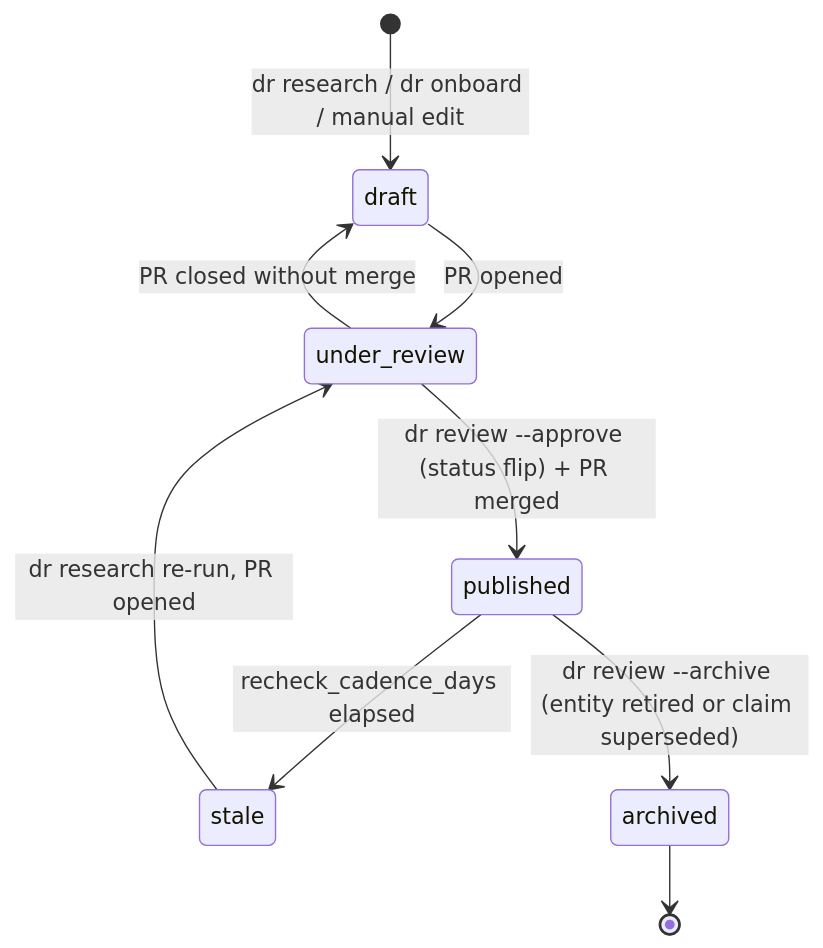
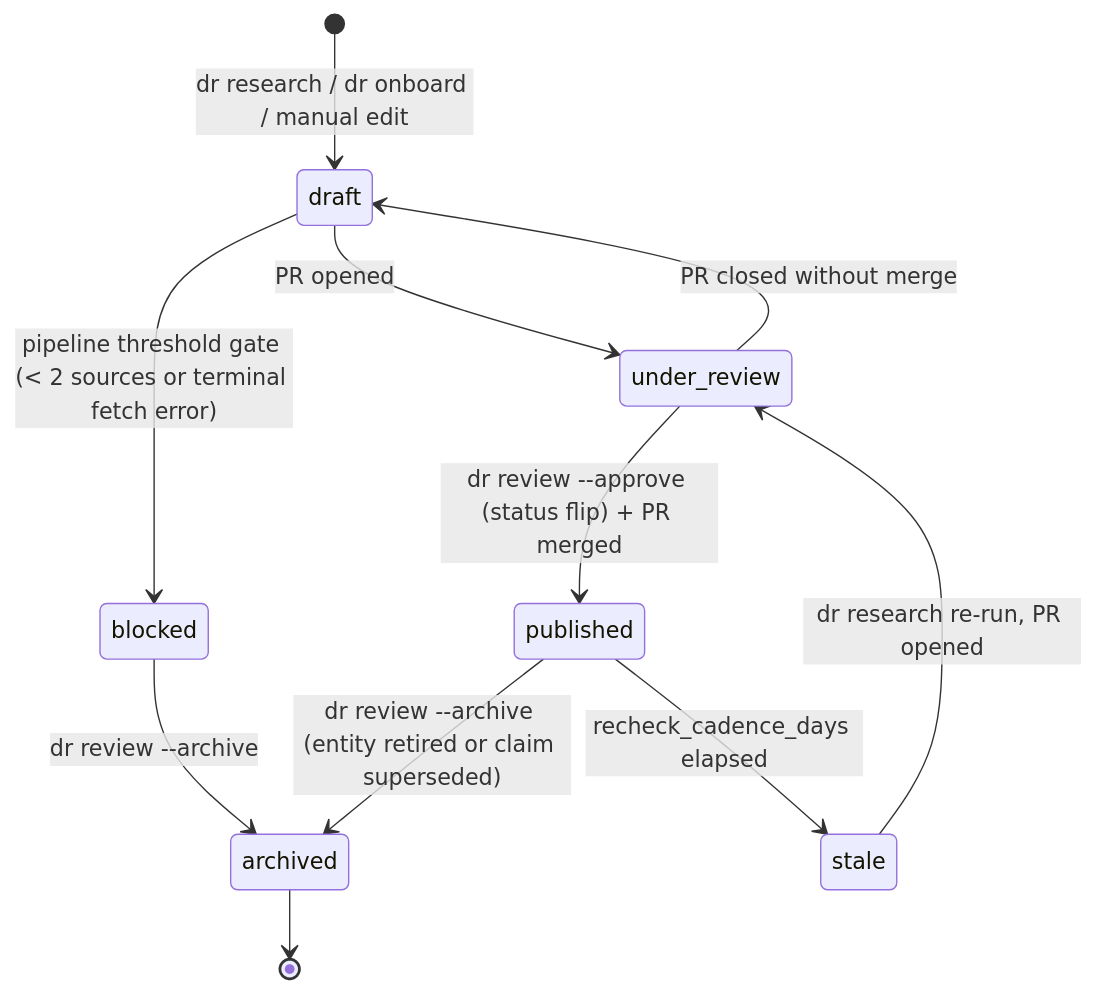
One commit to dangerous-robot/site changed the first of 5 diagrams in docs/architecture/research-flow.md. Above: the diagram before and after it, drawn with Mermaid. The commit also changed other lines of this file and 6 other files, not shown here.

First line of the commit message:
docs(architecture): reconcile architecture docs with implemented pipeline

````diff
--- a/docs/architecture/research-flow.md
+++ b/docs/architecture/research-flow.md
@@ -19,11 +19,13 @@
 ```mermaid
 stateDiagram-v2
     [*] --> draft: dr research / dr onboard / manual edit
+    draft --> blocked: pipeline threshold gate (< 2 sources or terminal fetch error)
+    blocked --> archived: dr review --archive
     draft --> under_review: PR opened
     under_review --> draft: PR closed without merge
     under_review --> published: dr review --approve (status flip) + PR merged
     published --> stale: recheck_cadence_days elapsed
     stale --> under_review: dr research re-run, PR opened
     published --> archived: dr review --archive (entity retired or claim superseded)
     archived --> [*]
 ```
````
